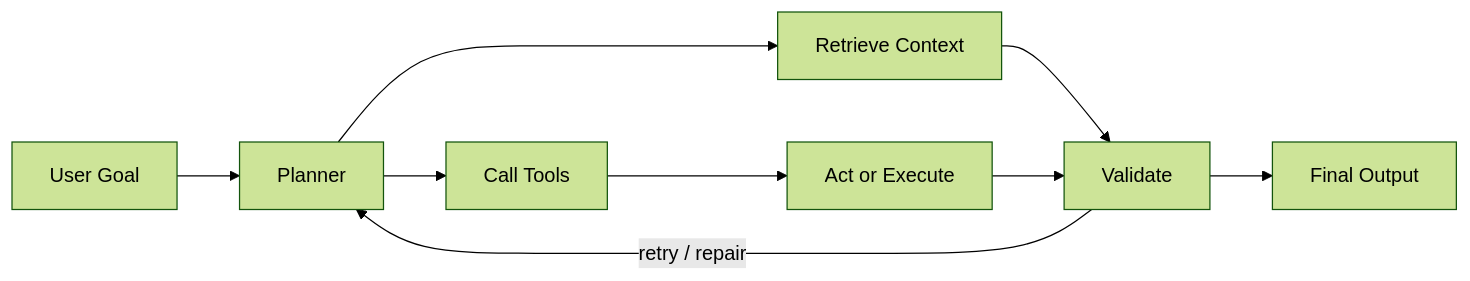
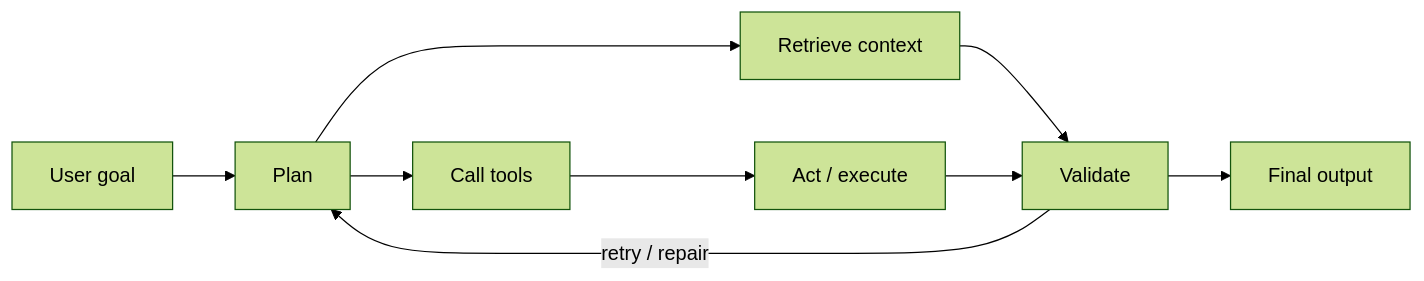
One commit to harihkk/harihkk changed the diagram in README.md. Above: the diagram before and after it, drawn with Mermaid (forest theme). The commit also changed other lines of this file, not shown here.

````diff
--- a/README.md
+++ b/README.md
@@ -49,11 +84,11 @@
 ```mermaid
 flowchart LR
-    A[User Goal] --> B[Planner]
-    B --> C[Retrieve Context]
-    B --> D[Call Tools]
-    C --> E[Validate]
-    D --> F[Act or Execute]
+    A["User goal"] --> B["Plan"]
+    B --> C["Retrieve context"]
+    B --> D["Call tools"]
+    C --> E["Validate"]
+    D --> F["Act / execute"]
     F --> E
-    E --> G[Final Output]
-    E -- retry / repair --> B
+    E --> G["Final output"]
+    E -- "retry / repair" --> B
 ```
````
